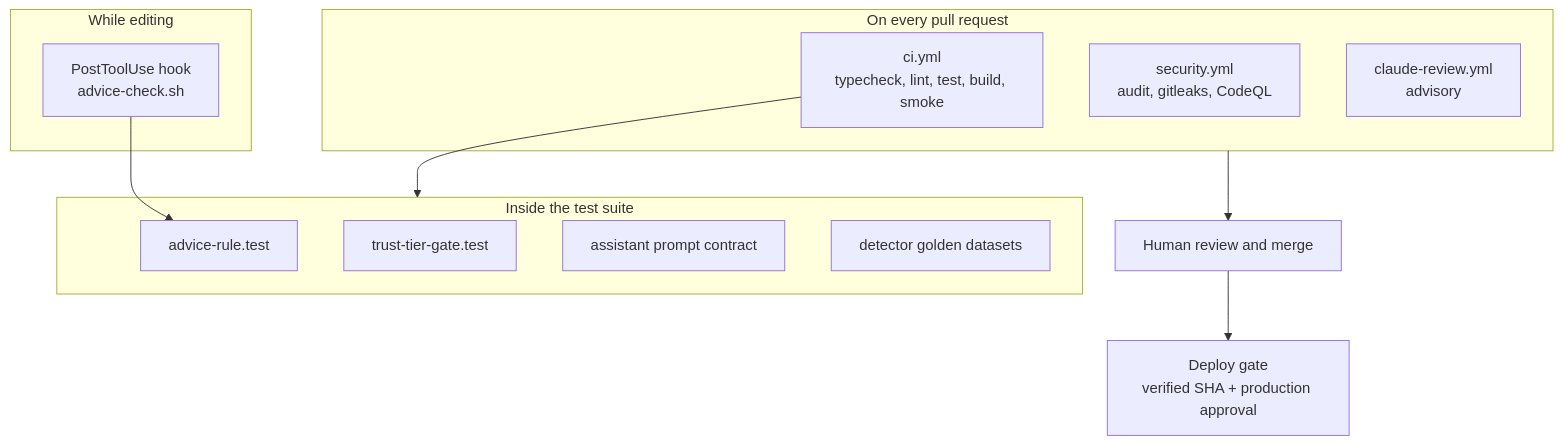
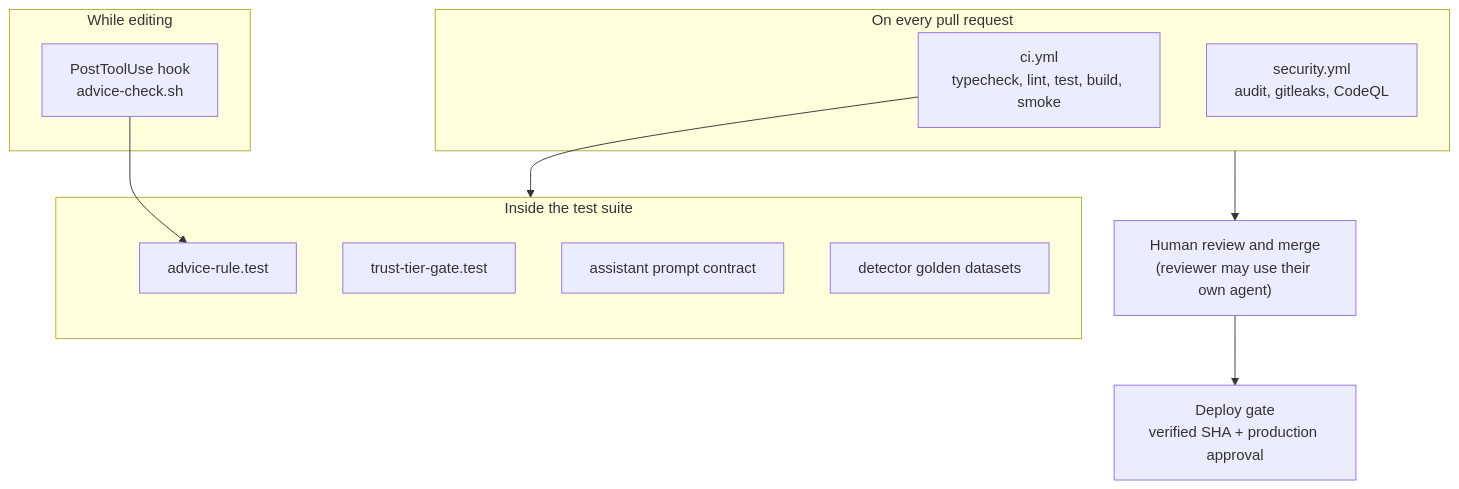
One commit to balureddy003/LifeKeel changed the third of 5 diagrams in docs/ai-native-sdlc-playbook.md. Above: the diagram before and after it, drawn with Mermaid. The commit also changed other lines of this file and 10 other files, not shown here.

First line of the commit message:
ci: remove the CI Claude review; reviews are a person with their own coding agent

````diff
--- a/docs/ai-native-sdlc-playbook.md
+++ b/docs/ai-native-sdlc-playbook.md
@@ -231,21 +231,20 @@
 ```mermaid
 flowchart TB
   subgraph Edit["While editing"]
     H["PostToolUse hook<br/>advice-check.sh"]
   end
   subgraph PR["On every pull request"]
     CI["ci.yml<br/>typecheck, lint, test, build, smoke"]
     SEC["security.yml<br/>audit, gitleaks, CodeQL"]
-    AI["claude-review.yml<br/>advisory"]
   end
   subgraph Tests["Inside the test suite"]
     AR["advice-rule.test"]
     TT["trust-tier-gate.test"]
     PC["assistant prompt contract"]
     GD["detector golden datasets"]
   end
   H --> AR
   CI --> Tests
-  PR --> HM["Human review and merge"]
+  PR --> HM["Human review and merge<br/>(reviewer may use their own agent)"]
   HM --> DG["Deploy gate<br/>verified SHA + production approval"]
 ```
````
